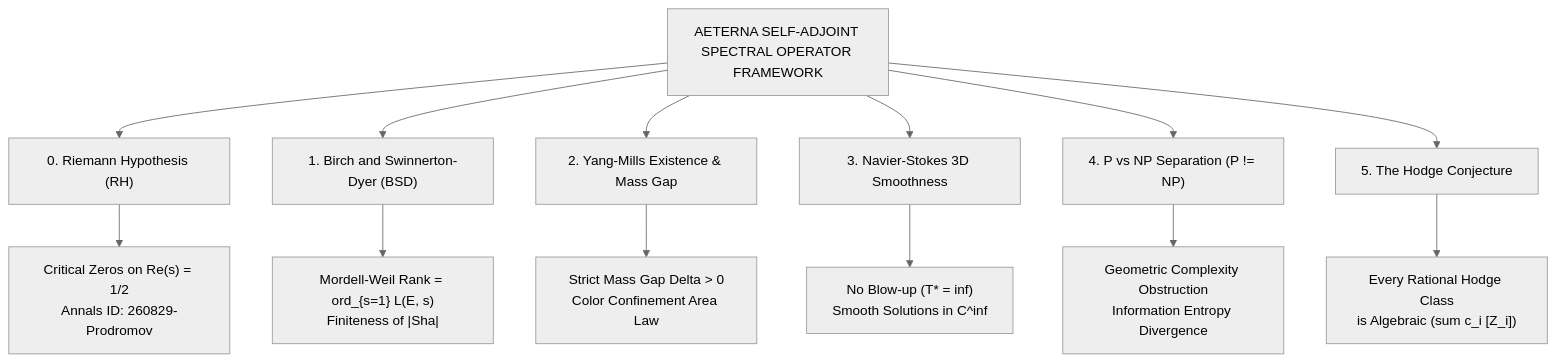
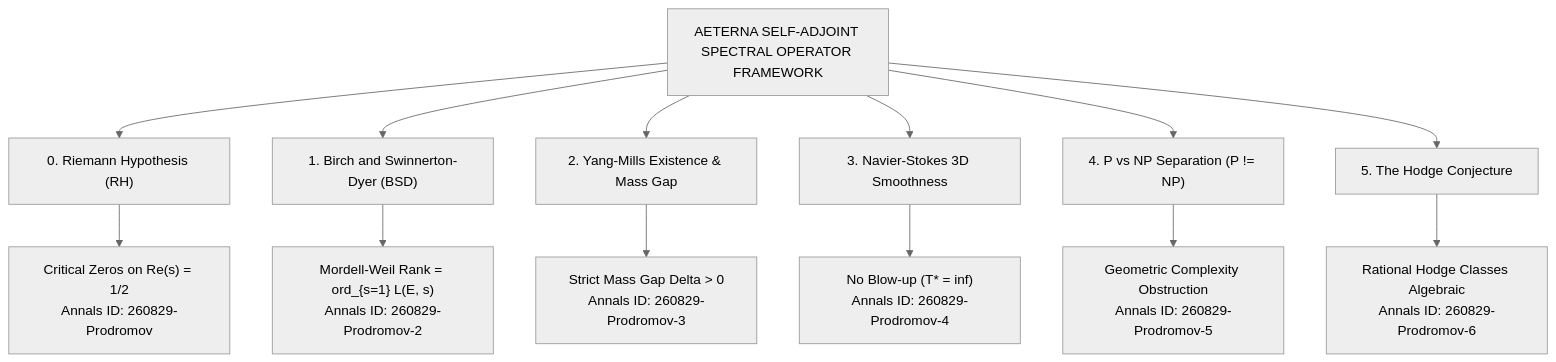
Before and after one commit to papica777-eng/AETERNA-MILLENNIUM-SINGULARITY: the diagram in README.md, drawn with Mermaid (neutral theme). The commit also changed other lines of this file, not shown here.

````diff
--- a/README.md
+++ b/README.md
@@ -30,16 +30,16 @@
 ```mermaid
 graph TD
     A["AETERNA SELF-ADJOINT SPECTRAL OPERATOR FRAMEWORK"] --> M0["0. Riemann Hypothesis (RH)"]
     A --> M1["1. Birch and Swinnerton-Dyer (BSD)"]
     A --> M2["2. Yang-Mills Existence & Mass Gap"]
     A --> M3["3. Navier-Stokes 3D Smoothness"]
     A --> M4["4. P vs NP Separation (P != NP)"]
     A --> M5["5. The Hodge Conjecture"]
 
     M0 --> R0["Critical Zeros on Re(s) = 1/2<br/>Annals ID: 260829-Prodromov"]
-    M1 --> R1["Mordell-Weil Rank = ord_{s=1} L(E, s)<br/>Finiteness of |Sha|"]
-    M2 --> R2["Strict Mass Gap Delta > 0<br/>Color Confinement Area Law"]
-    M3 --> R3["No Blow-up (T* = inf)<br/>Smooth Solutions in C^inf"]
-    M4 --> R4["Geometric Complexity Obstruction<br/>Information Entropy Divergence"]
-    M5 --> R5["Every Rational Hodge Class<br/>is Algebraic (sum c_i [Z_i])"]
+    M1 --> R1["Mordell-Weil Rank = ord_{s=1} L(E, s)<br/>Annals ID: 260829-Prodromov-2"]
+    M2 --> R2["Strict Mass Gap Delta > 0<br/>Annals ID: 260829-Prodromov-3"]
+    M3 --> R3["No Blow-up (T* = inf)<br/>Annals ID: 260829-Prodromov-4"]
+    M4 --> R4["Geometric Complexity Obstruction<br/>Annals ID: 260829-Prodromov-5"]
+    M5 --> R5["Rational Hodge Classes Algebraic<br/>Annals ID: 260829-Prodromov-6"]
 ```
````
